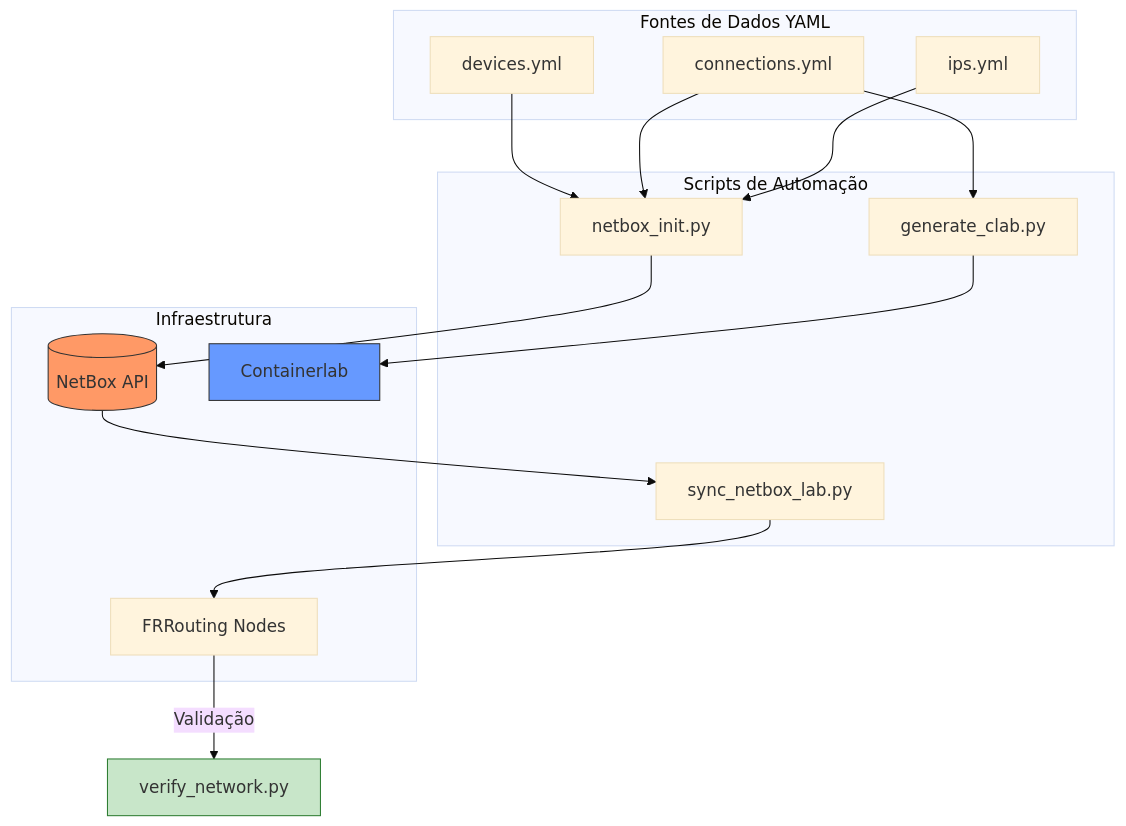
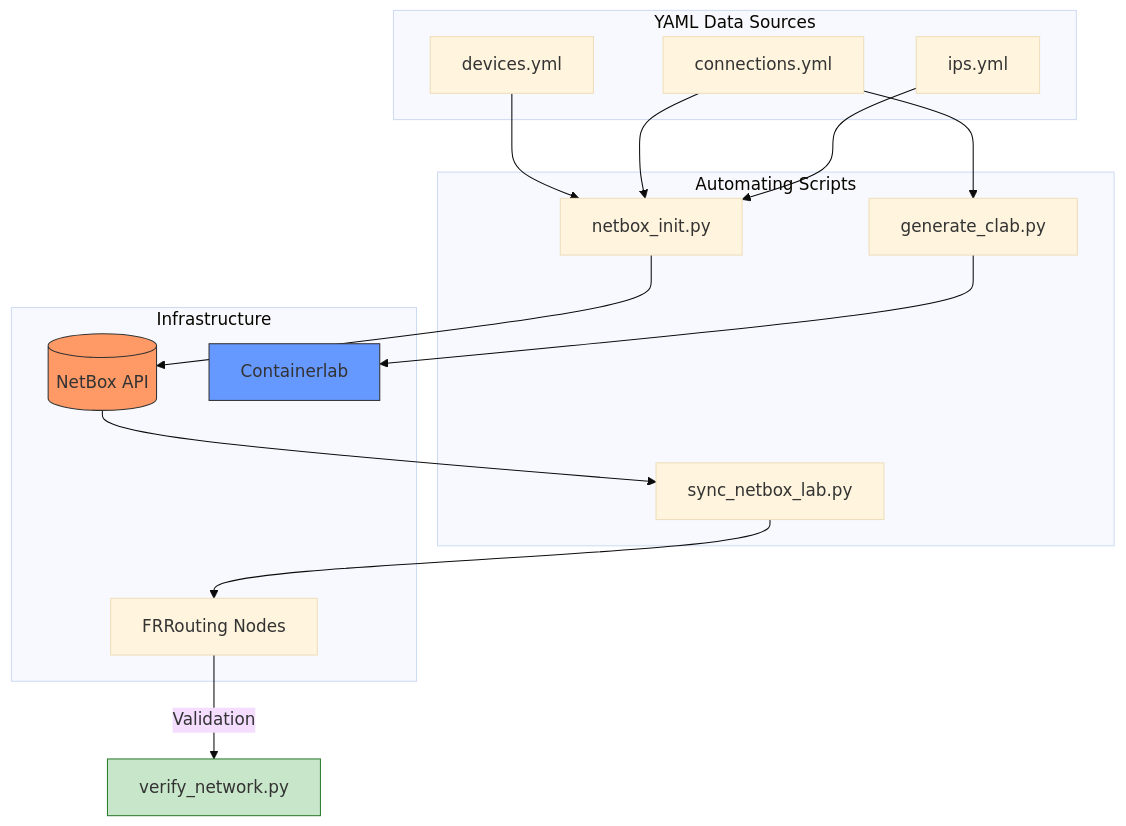
Before and after one commit to danielveloso8/network-automation-project: the diagram in README.md, drawn with Mermaid (base theme). The commit also changed other lines of this file, not shown here.

````diff
--- a/README.md
+++ b/README.md
@@ -18,38 +18,38 @@
 ```mermaid
 graph TD
-    %% Fontes de Dados
-    subgraph SSoT [Fontes de Dados YAML]
+    %% Data Sources
+    subgraph SSoT [YAML Data Sources]
         Y1[devices.yml]
         Y2[connections.yml]
         Y3[ips.yml]
     end
 
-    %% Processamento
-    subgraph Logic [Scripts de Automação]
+    %% Processing
+    subgraph Logic [Automating Scripts]
         S1[netbox_init.py]
         S2[generate_clab.py]
         S3[sync_netbox_lab.py]
     end
 
-    %% Destinos
-    subgraph Infrastructure [Infraestrutura]
+    %% Target
+    subgraph Infrastructure [Infrastructure]
         NB[(NetBox API)]
         CL[Containerlab]
         FRR[FRRouting Nodes]
     end
 
     Y1 & Y2 & Y3 --> S1
     S1 --> NB
     
     Y2 --> S2
     S2 --> CL
     
     NB --> S3
     S3 --> FRR
     
-    FRR -->|Validação| V[verify_network.py]
+    FRR -->|Validation| V[verify_network.py]
     
     style NB fill:#f96,stroke:#333
     style CL fill:#69f,stroke:#333
     style V fill:#c8e6c9,stroke:#2e7d32
 ```
````
